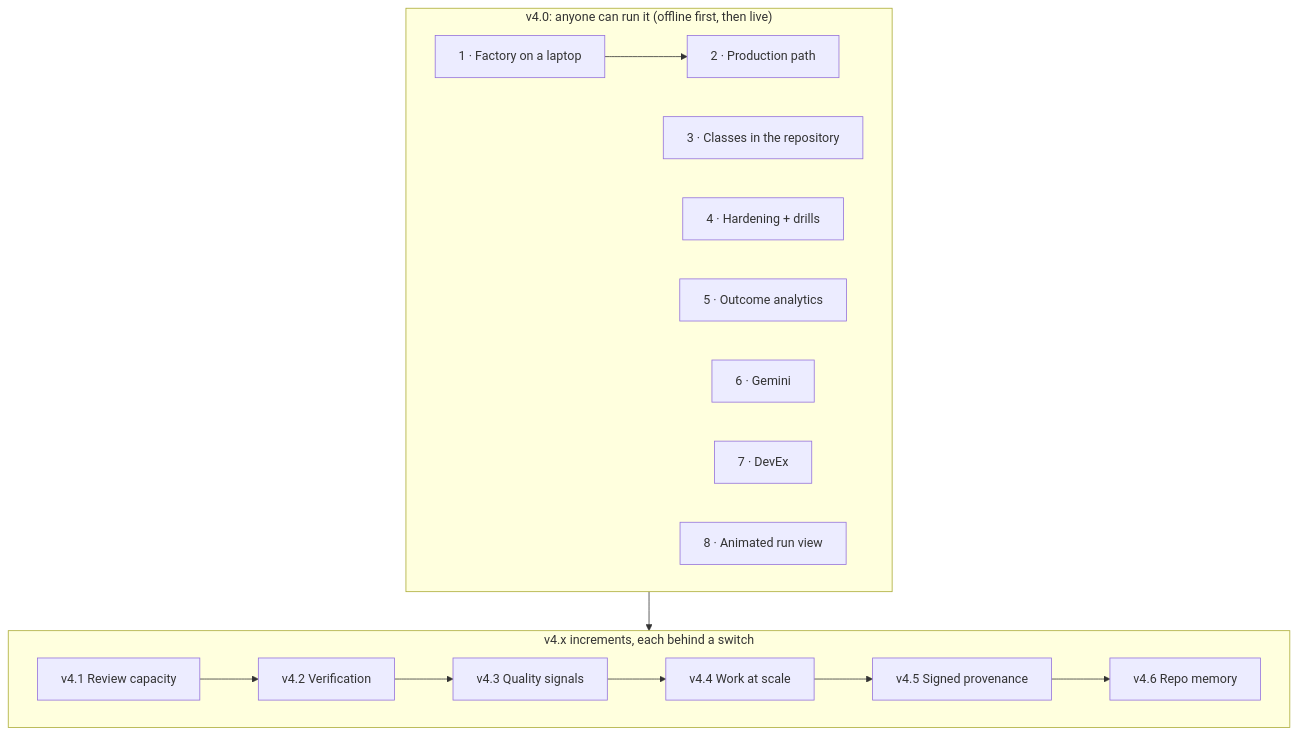
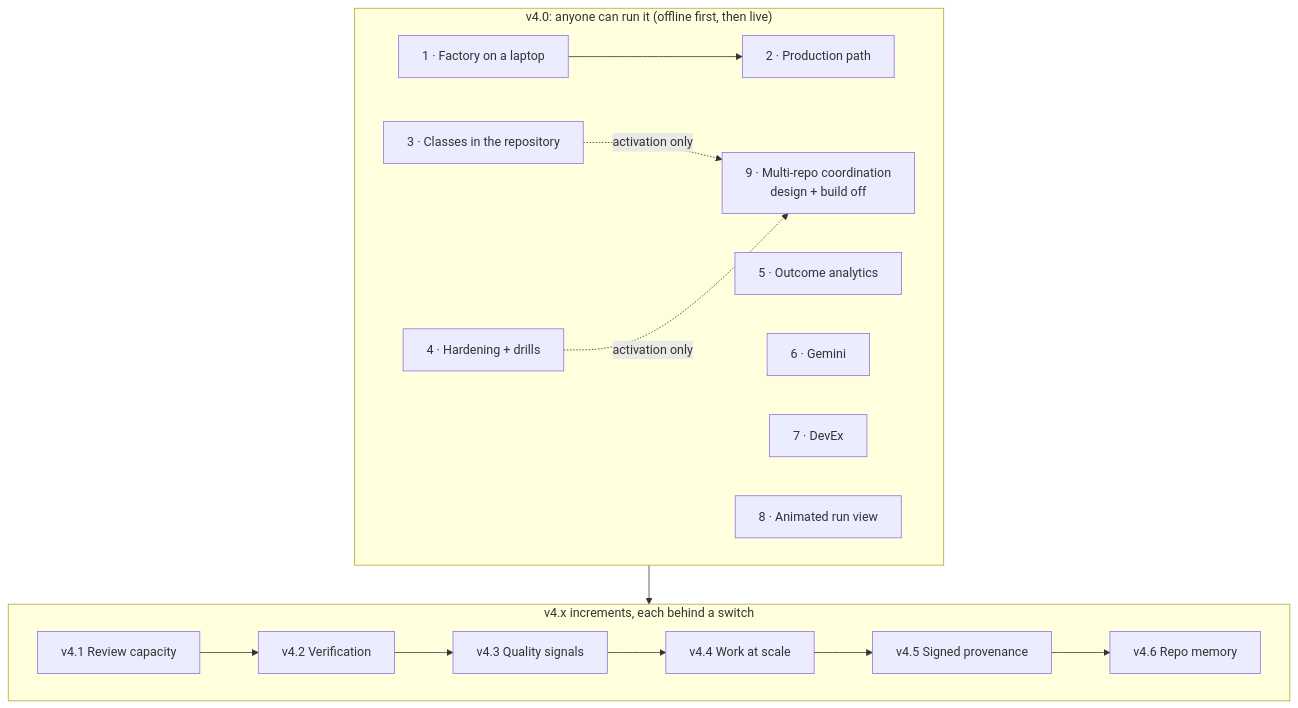
Before and after one commit to Smana/ai-native-ref: the diagram in docs/superpowers/specs/2026-10-31-v4-roadmap-design.md, drawn with Mermaid. The commit also changed other lines of this file and 13 other files, not shown here.

First line of the commit message:
docs(devex): six designs, six plans, and the v3.x / v4.0 roadmap split (#300)

````diff
--- a/docs/superpowers/specs/2026-10-31-v4-roadmap-design.md
+++ b/docs/superpowers/specs/2026-10-31-v4-roadmap-design.md
@@ -79,19 +91,22 @@
 ```mermaid
 flowchart TB
   subgraph core["v4.0: anyone can run it (offline first, then live)"]
     direction LR
     a1["1 · Factory on a laptop"] --> a2["2 · Production path"]
     a3["3 · Classes in the repository"]
     a4["4 · Hardening + drills"]
     a5["5 · Outcome analytics"]
     a6["6 · Gemini"]
     a7["7 · DevEx"]
     a8["8 · Animated run view"]
+    a9["9 · Multi-repo coordination<br/>design + build off"]
+    a3 -. "activation only" .-> a9
+    a4 -. "activation only" .-> a9
   end
   subgraph inc["v4.x increments, each behind a switch"]
     direction LR
     i1["v4.1 Review capacity"] --> i2["v4.2 Verification"] --> i3["v4.3 Quality signals"]
     i3 --> i4["v4.4 Work at scale"] --> i5["v4.5 Signed provenance"] --> i6["v4.6 Repo memory"]
   end
   core --> inc
 ```
````
